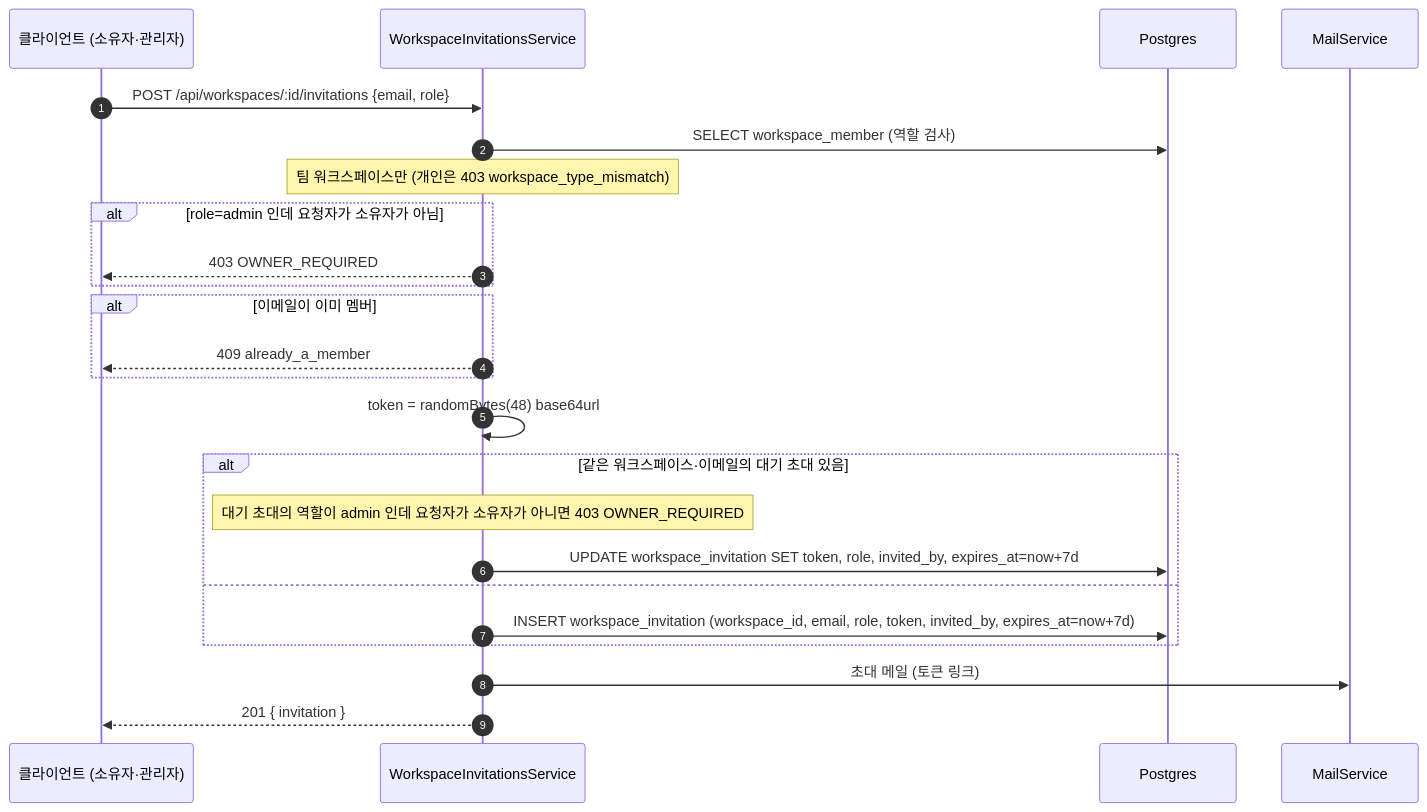
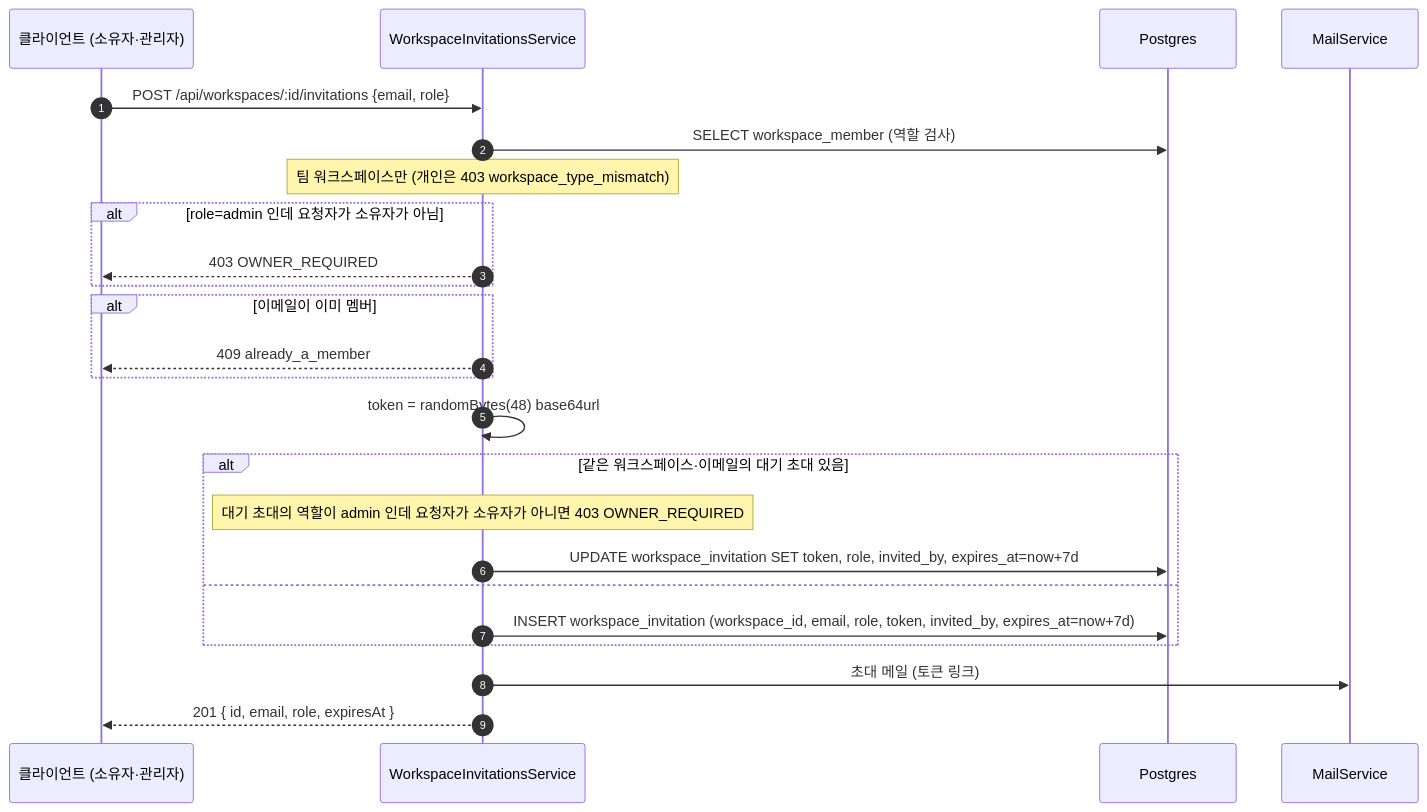
The second of 6 diagrams in spec/CLE-ACCT/CLE-ACCT-DATA-WS.md (worker-ants/clemvion), drawn with Mermaid before and after one commit. The commit also changed other lines of this file and 15 other files, not shown here.

````diff
--- a/spec/CLE-ACCT/CLE-ACCT-DATA-WS.md
+++ b/spec/CLE-ACCT/CLE-ACCT-DATA-WS.md
@@ -93,26 +95,26 @@
 ```mermaid
 sequenceDiagram
   autonumber
   participant C as 클라이언트 (소유자·관리자)
   participant Svc as WorkspaceInvitationsService
   participant PG as Postgres
   participant Mail as MailService
   C->>Svc: POST /api/workspaces/:id/invitations {email, role}
   Svc->>PG: SELECT workspace_member (역할 검사)
   Note over Svc: 팀 워크스페이스만 (개인은 403 workspace_type_mismatch)
   alt role=admin 인데 요청자가 소유자가 아님
     Svc-->>C: 403 OWNER_REQUIRED
   end
   alt 이메일이 이미 멤버
     Svc-->>C: 409 already_a_member
   end
   Svc->>Svc: token = randomBytes(48) base64url
   alt 같은 워크스페이스·이메일의 대기 초대 있음
     Note over Svc: 대기 초대의 역할이 admin 인데 요청자가 소유자가 아니면 403 OWNER_REQUIRED
     Svc->>PG: UPDATE workspace_invitation SET token, role, invited_by, expires_at=now+7d
   else
     Svc->>PG: INSERT workspace_invitation (workspace_id, email, role, token, invited_by, expires_at=now+7d)
   end
   Svc->>Mail: 초대 메일 (토큰 링크)
-  Svc-->>C: 201 { invitation }
+  Svc-->>C: 201 { id, email, role, expiresAt }
 ```
````
